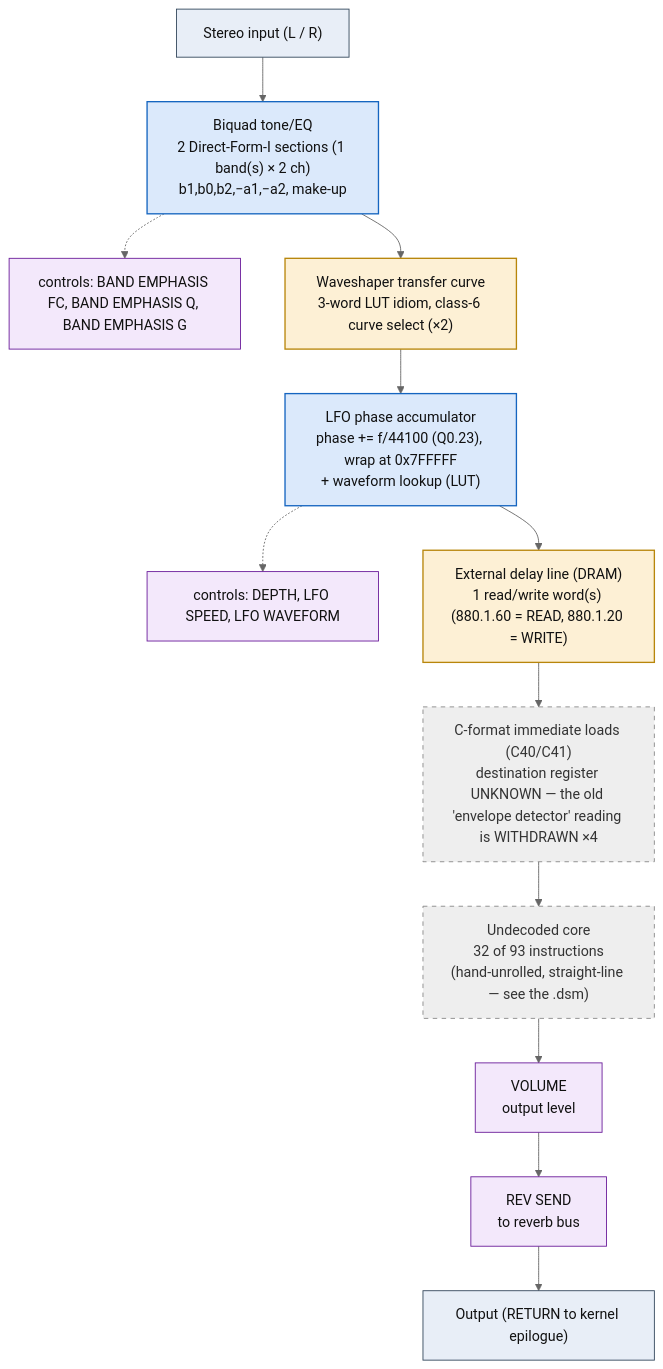
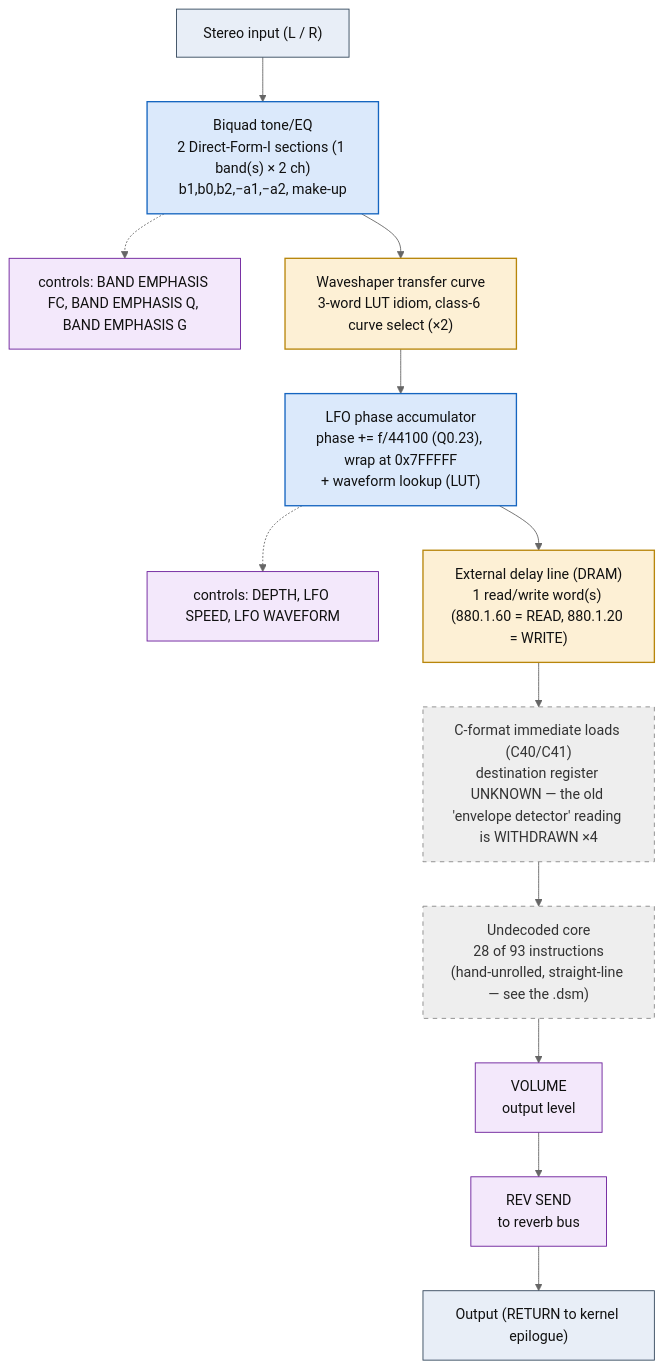
One commit to ArqueologiaDigital/kn5000-roms-disasm changed the diagram in dsp/flowcharts/prog71_peq_chorus.md. Above: the diagram before and after it, drawn with Mermaid (neutral theme). The commit also changed other lines of this file and 63 other files, not shown here.

````diff
--- a/dsp/flowcharts/prog71_peq_chorus.md
+++ b/dsp/flowcharts/prog71_peq_chorus.md
@@ -12,38 +12,38 @@
 ```mermaid
 flowchart TD
     N0["Stereo input (L / R)"]
     N1["Biquad tone/EQ<br/>2 Direct-Form-I sections (1 band(s) &times; 2 ch)<br/>b1,b0,b2,&minus;a1,&minus;a2, make-up"]
     N0 --> N1
     N2["controls: BAND EMPHASIS FC, BAND EMPHASIS Q, BAND EMPHASIS G"]
     N1 -.-> N2
     N3["Waveshaper transfer curve<br/>3-word LUT idiom, class-6 curve select (&times;2)"]
     N1 --> N3
     N4["LFO phase accumulator<br/>phase += f/44100 (Q0.23), wrap at 0x7FFFFF<br/>+ waveform lookup (LUT)"]
     N3 --> N4
     N5["controls: DEPTH, LFO SPEED, LFO WAVEFORM"]
     N4 -.-> N5
     N6["External delay line (DRAM)<br/>1 read/write word(s) (880.1.60 = READ, 880.1.20 = WRITE)"]
     N4 --> N6
     N7["C-format immediate loads (C40/C41)<br/>destination register UNKNOWN &mdash; the old 'envelope detector' reading is WITHDRAWN &times;4"]
     N6 --> N7
-    N8["Undecoded core<br/>32 of 93 instructions<br/>(hand-unrolled, straight-line &mdash; see the .dsm)"]
+    N8["Undecoded core<br/>28 of 93 instructions<br/>(hand-unrolled, straight-line &mdash; see the .dsm)"]
     N7 --> N8
     N9["VOLUME<br/>output level"]
     N8 --> N9
     N10["REV SEND<br/>to reverb bus"]
     N9 --> N10
     N11["Output (RETURN to kernel epilogue)"]
     N10 --> N11
 
     classDef io fill:#e8eef7,stroke:#33475b,stroke-width:1px,color:#111;
     classDef proven fill:#d7f0d7,stroke:#2e7d32,stroke-width:2px,color:#111;
     classDef measured fill:#dbe9fb,stroke:#1565c0,stroke-width:1.5px,color:#111;
     classDef inferred fill:#fdf0d5,stroke:#b8860b,stroke-width:1.5px,color:#111;
     classDef open fill:#eeeeee,stroke:#888,stroke-width:1px,color:#333,stroke-dasharray:5 5;
     classDef ctrl fill:#f3e8fb,stroke:#6a1b9a,stroke-width:1px,color:#111;
     class N0,N11 io;
     class N1,N4 measured;
     class N2,N5,N9,N10 ctrl;
     class N3,N6 inferred;
     class N7,N8 open;
 ```
````
